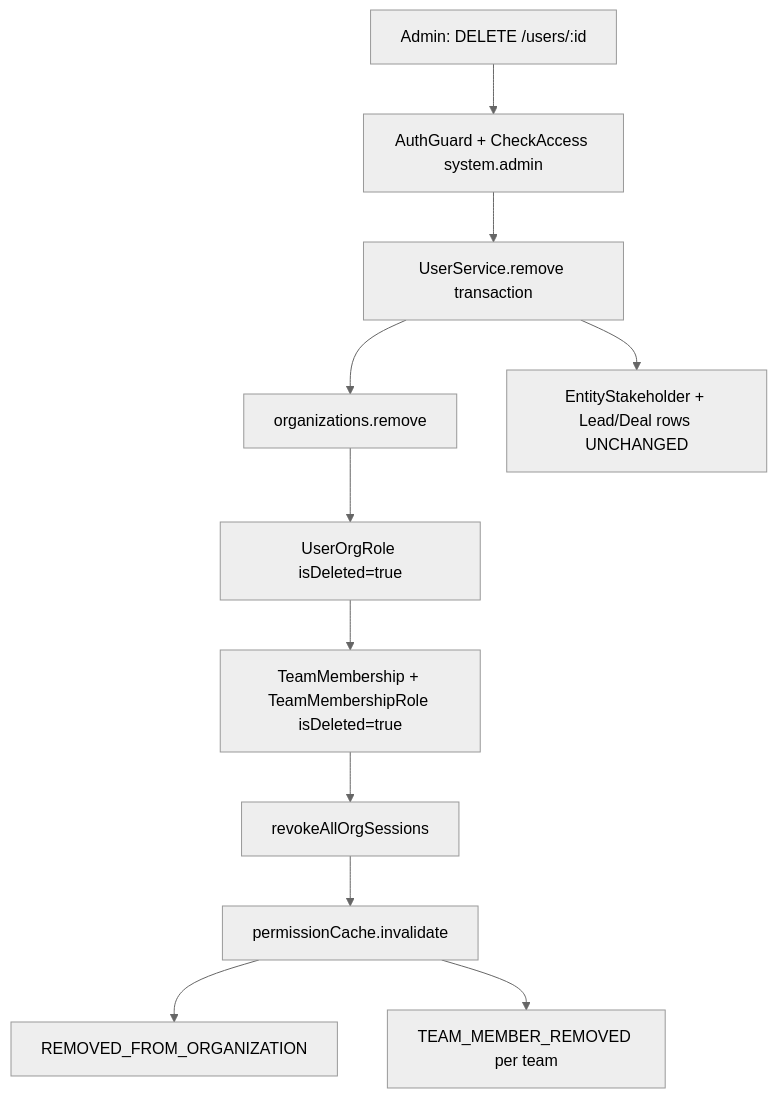
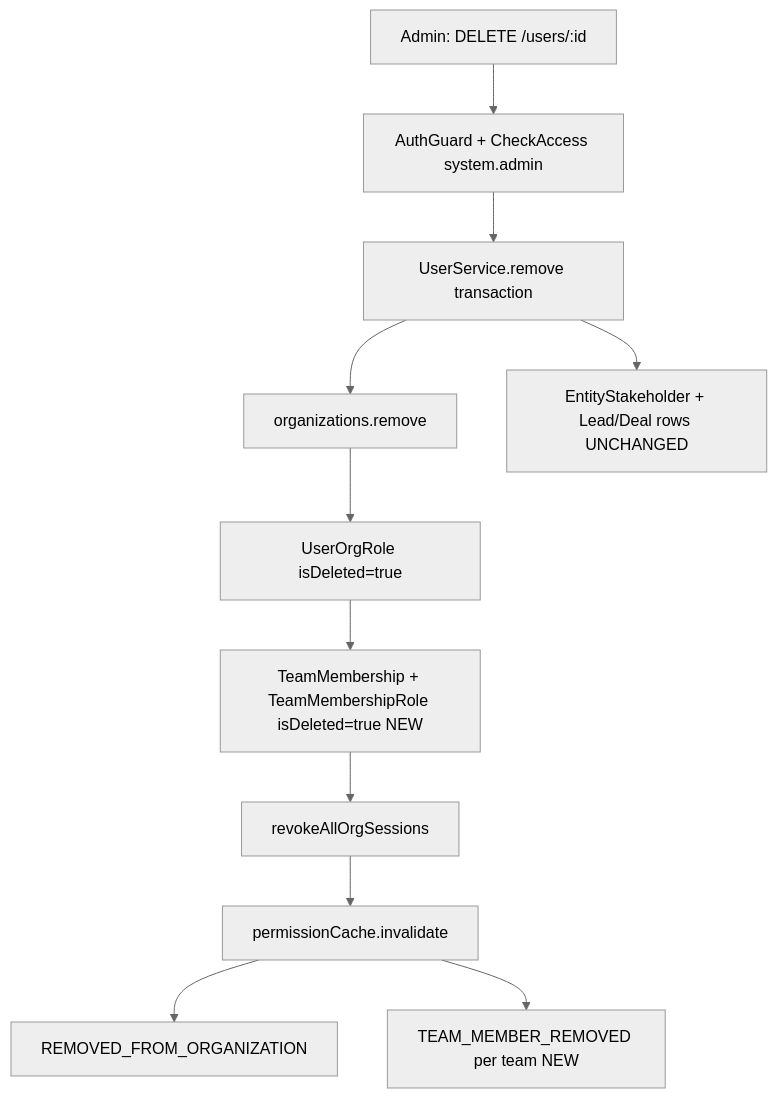
One commit to tech-propwise-org/docs changed the diagram in backend/rbac/org-user-removal-specification.mdx. Above: the diagram before and after it, drawn with Mermaid (neutral theme). The commit also changed other lines of this file and 68 other files, not shown here.

````diff
--- a/backend/rbac/org-user-removal-specification.mdx
+++ b/backend/rbac/org-user-removal-specification.mdx
@@ -25,19 +36,19 @@
 ```mermaid
 flowchart TD
   Admin["Admin: DELETE /users/:id"]
   Guard["AuthGuard + CheckAccess system.admin"]
   Tx["UserService.remove transaction"]
   OrgLink["organizations.remove"]
   UOR["UserOrgRole isDeleted=true"]
-  TM["TeamMembership + TeamMembershipRole isDeleted=true"]
+  TM["TeamMembership + TeamMembershipRole isDeleted=true NEW"]
   Sess["revokeAllOrgSessions"]
   Cache["permissionCache.invalidate"]
   Notify["REMOVED_FROM_ORGANIZATION"]
-  TeamEvt["TEAM_MEMBER_REMOVED per team"]
+  TeamEvt["TEAM_MEMBER_REMOVED per team NEW"]
   CRM["EntityStakeholder + Lead/Deal rows UNCHANGED"]
   Admin --> Guard --> Tx
   Tx --> OrgLink --> UOR --> TM --> Sess --> Cache
   Tx --> CRM
   Cache --> Notify
   Cache --> TeamEvt
 ```
````
